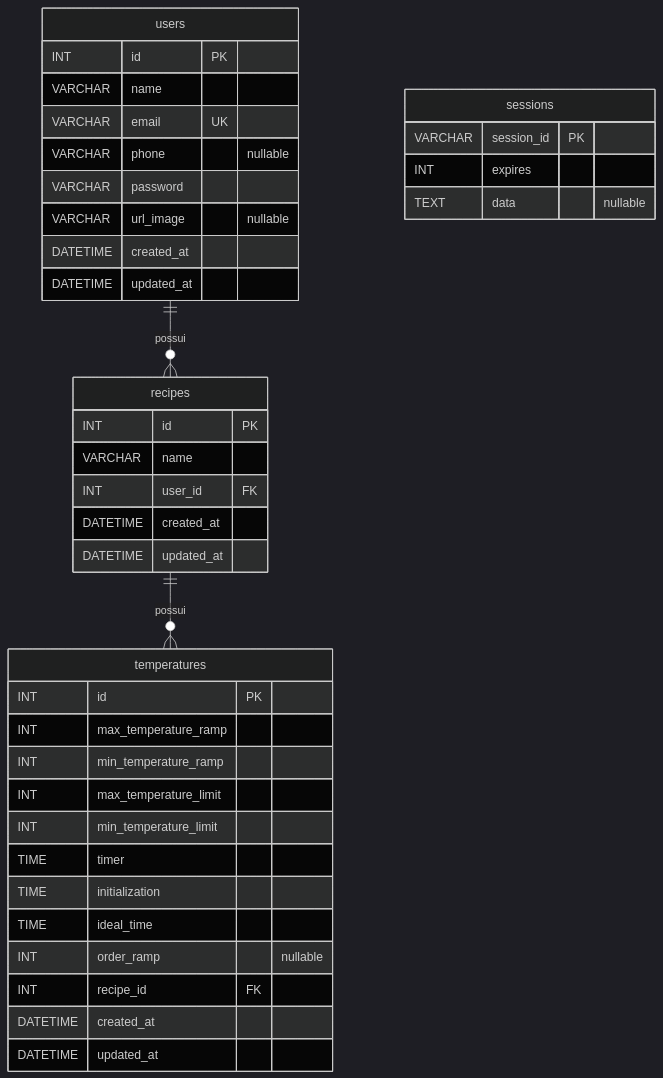
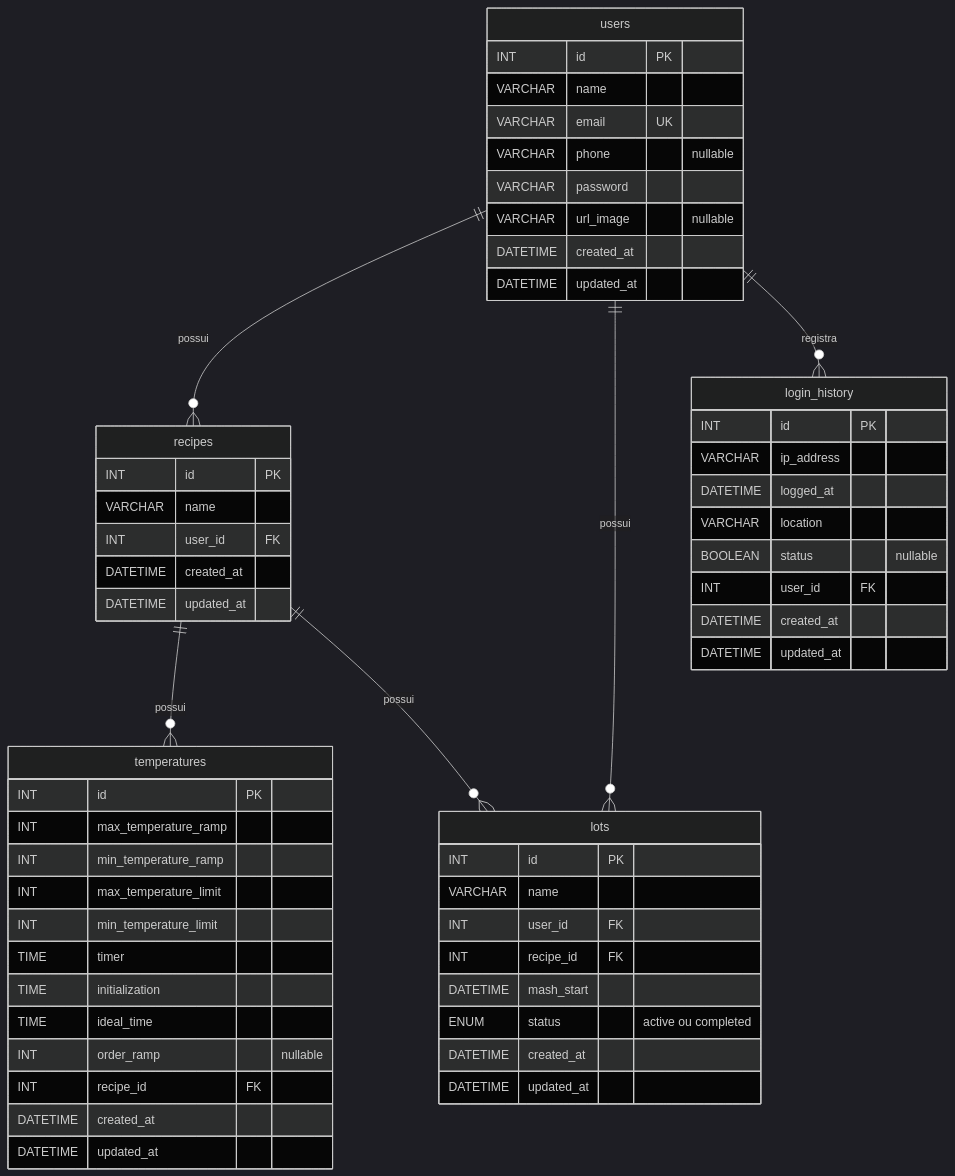
One commit to conloq/documentation changed the diagram in database/diagrama_mer_mash.mmd. Above: the diagram before and after it, drawn with Mermaid (dark theme). The commit also changed 7 other files, not shown here.

Commit message:
docs: sincronizar o espelho do banco e corrigir tabelas, rotas e sessão desatualizadas (conloq/mash#102)

```diff
--- a/database/diagrama_mer_mash.mmd
+++ b/database/diagrama_mer_mash.mmd
@@ -1,44 +1,61 @@
-%% Atualizado em 25/10/2026 com base nas migrations da main de conloq/Back-End (9007fe6).
-%% Somente as tabelas implementadas aparecem neste MER.
-%% A tabela sessions e o armazenamento de sessao da aplicacao: nao tem chave estrangeira
-%% e nao e entidade de negocio, mas entra no desenho para que o MER corresponda ao schema aplicado.
+%% Atualizado em 02/11/2026: inclui login_history.
+%% Todas as tabelas vêm das migrations de conloq/Back-End: lots pela 20261029120000-criar-tabela-lot
+%% (conloq/Back-End#35) e login_history pela 20261102120000-criar-tabela-login-history (conloq/Back-End#37).
 erDiagram
     users ||--o{ recipes : possui
     recipes ||--o{ temperatures : possui
+    users ||--o{ lots : possui
+    recipes ||--o{ lots : possui
+    users ||--o{ login_history : registra
 
     users {
         INT id PK
         VARCHAR name
         VARCHAR email UK
         VARCHAR phone "nullable"
         VARCHAR password
         VARCHAR url_image "nullable"
         DATETIME created_at
         DATETIME updated_at
     }
     recipes {
         INT id PK
         VARCHAR name
         INT user_id FK
         DATETIME created_at
         DATETIME updated_at
     }
     temperatures {
         INT id PK
         INT max_temperature_ramp
         INT min_temperature_ramp
         INT max_temperature_limit
         INT min_temperature_limit
         TIME timer
         TIME initialization
         TIME ideal_time
         INT order_ramp "nullable"
         INT recipe_id FK
         DATETIME created_at
         DATETIME updated_at
     }
-    sessions {
-        VARCHAR session_id PK
-        INT expires
-        TEXT data "nullable"
+    lots {
+        INT id PK
+        VARCHAR name
+        INT user_id FK
+        INT recipe_id FK
+        DATETIME mash_start
+        ENUM status "active ou completed"
+        DATETIME created_at
+        DATETIME updated_at
     }
+    login_history {
+        INT id PK
+        VARCHAR ip_address
+        DATETIME logged_at
+        VARCHAR location
+        BOOLEAN status "nullable"
+        INT user_id FK
+        DATETIME created_at
+        DATETIME updated_at
+    }
```
